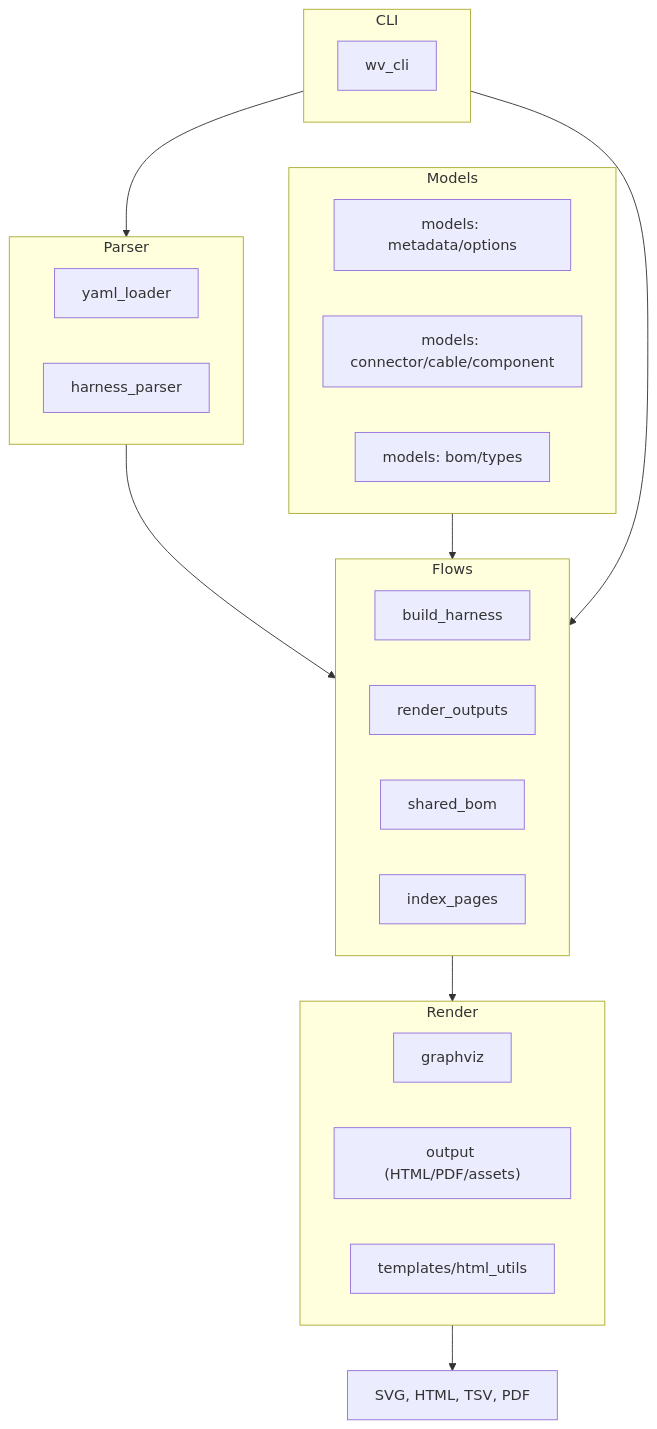
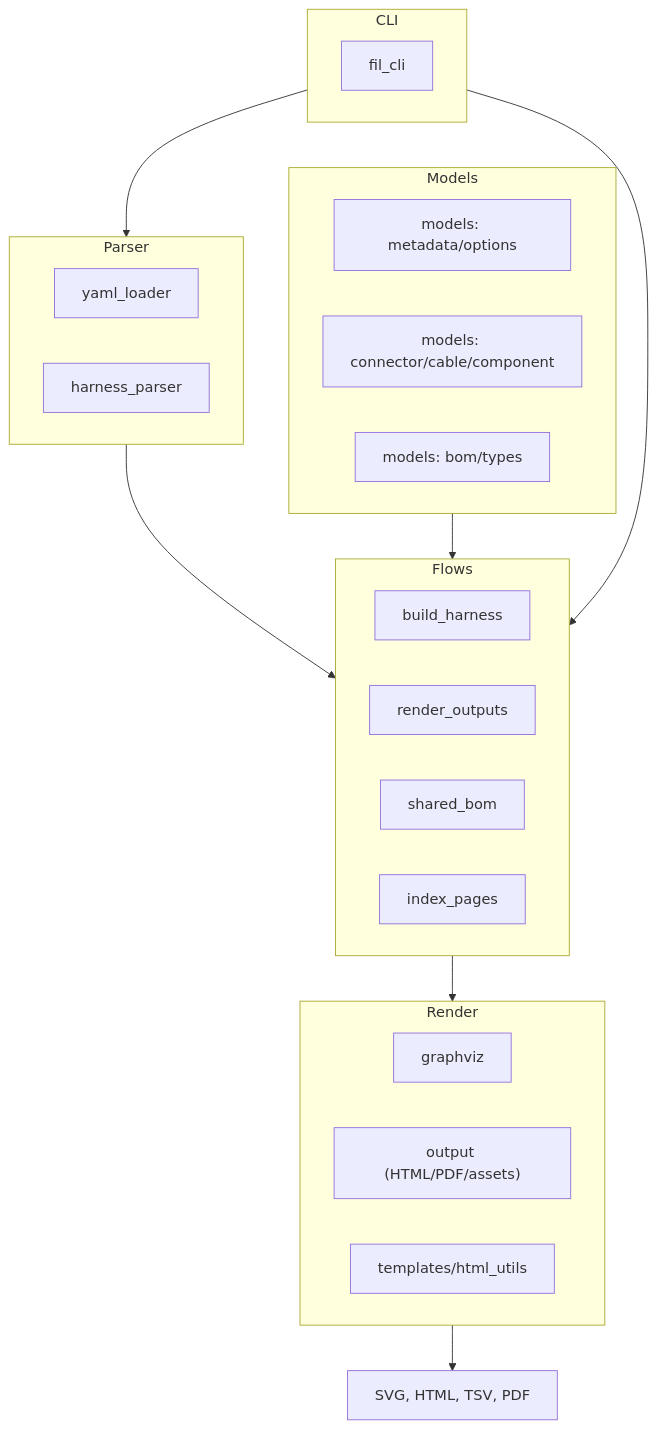
Before and after one commit to laurierloi/filare: the diagram in docs/architecture.md, drawn with Mermaid. The commit also changed other lines of this file and 8 other files, not shown here.

Commit message:
refactor: rename wv_cli to fil_cli

````diff
--- a/docs/architecture.md
+++ b/docs/architecture.md
@@ -12,37 +12,37 @@
 ```mermaid
 flowchart TD
   subgraph Models
     A1[models: metadata/options]
     A2[models: connector/cable/component]
     A3[models: bom/types]
   end
 
   subgraph Parser
     P1[yaml_loader]
     P2[harness_parser]
   end
 
   subgraph Flows
     F1[build_harness]
     F2[render_outputs]
     F3[shared_bom]
     F4[index_pages]
   end
 
   subgraph Render
     R1[graphviz]
     R2["output (HTML/PDF/assets)"]
     R3[templates/html_utils]
   end
 
   subgraph CLI
-    C1[wv_cli]
+    C1[fil_cli]
   end
 
   Parser --> Flows
   Models --> Flows
   Flows --> Render
   Render --> Outputs["SVG, HTML, TSV, PDF"]
   CLI --> Parser
   CLI --> Flows
 ```
````
